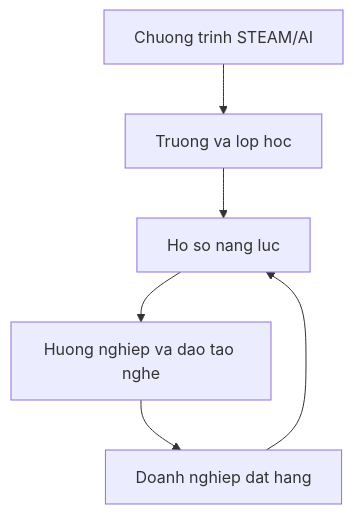
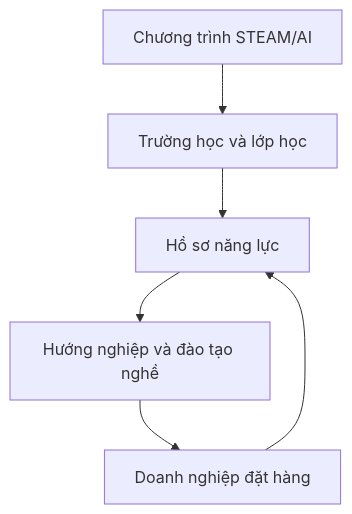
Before and after one commit to GodOfIT/nentangdaynghe: the diagram in nen-tang/mo-hinh-nen-tang.md, drawn with Mermaid. The commit also changed other lines of this file, not shown here.

````diff
--- a/nen-tang/mo-hinh-nen-tang.md
+++ b/nen-tang/mo-hinh-nen-tang.md
@@ -7,8 +7,8 @@
 ```mermaid
 flowchart TD
-    A["Truong va lop hoc"] --> B["Ho so nang luc"]
-    C["Chuong trinh STEAM/AI"] --> A
-    B --> D["Huong nghiep va dao tao nghe"]
-    D --> E["Doanh nghiep dat hang"]
+    A["Trường học và lớp học"] --> B["Hồ sơ năng lực"]
+    C["Chương trình STEAM/AI"] --> A
+    B --> D["Hướng nghiệp và đào tạo nghề"]
+    D --> E["Doanh nghiệp đặt hàng"]
     E --> B
 ```
````
